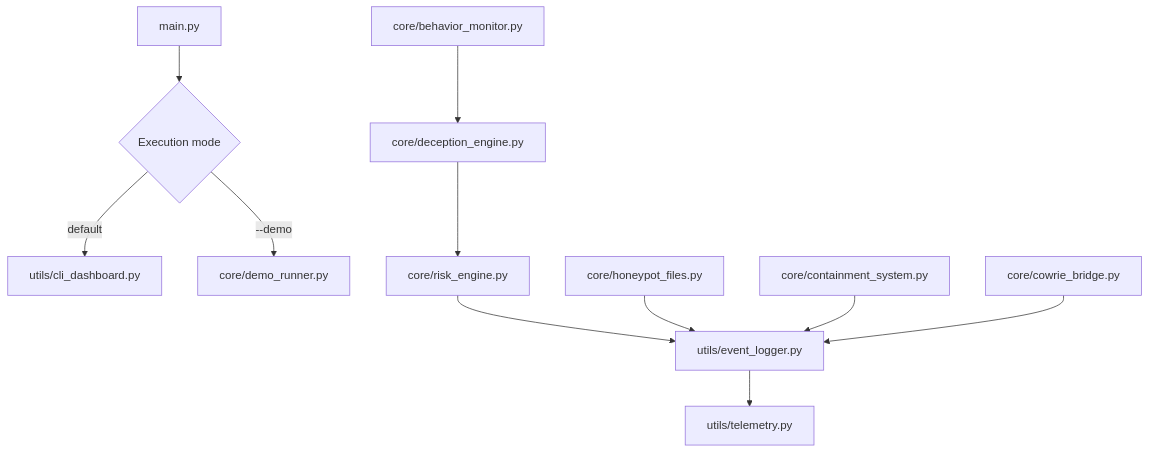
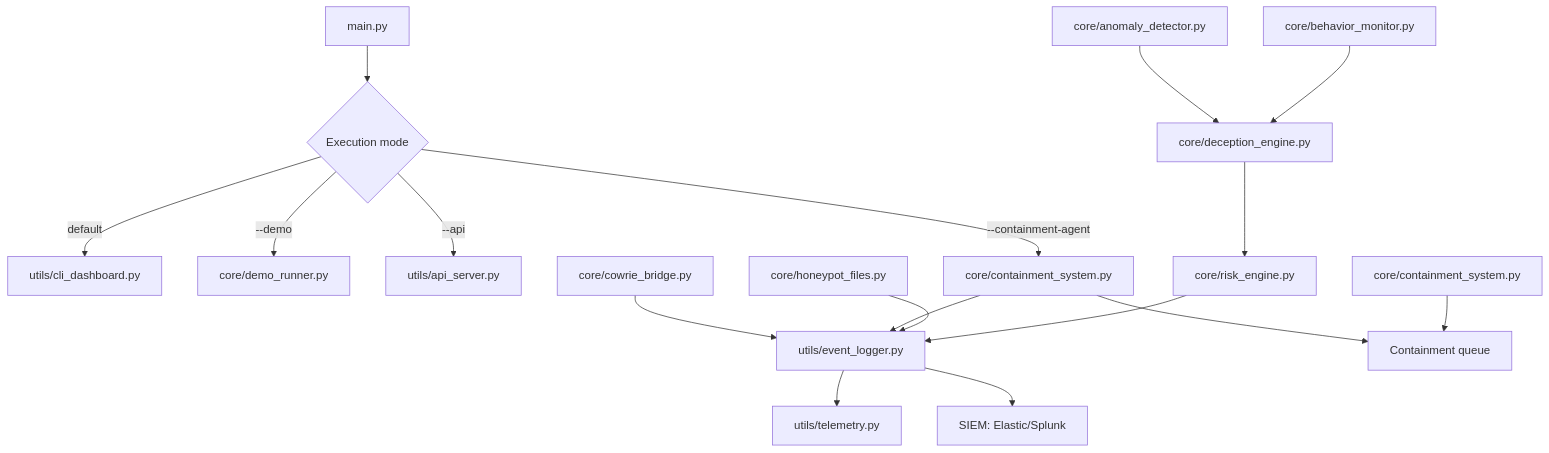
Before and after one commit to srwangcr/Guardian_Graph_System: the first of 4 diagrams in readme.md, drawn with Mermaid. The commit also changed other lines of this file and 13 other files, not shown here.

First line of the commit message:
feat(security): add OAuth2 API, privilege-separated containment, anomaly scoring, and SIEM audit forwarding

````diff
--- a/readme.md
+++ b/readme.md
@@ -49,15 +54,21 @@
 ```mermaid
 flowchart TD
     A[main.py] --> B{Execution mode}
     B -->|default| C[utils/cli_dashboard.py]
     B -->|--demo| D[core/demo_runner.py]
+    B -->|--api| M[utils/api_server.py]
+    B -->|--containment-agent| N[core/containment_system.py]
 
     E[core/behavior_monitor.py] --> F[core/deception_engine.py]
+    O[core/anomaly_detector.py] --> F
     F --> G[core/risk_engine.py]
     G --> H[utils/event_logger.py]
     H --> I[utils/telemetry.py]
+    H --> P[SIEM: Elastic/Splunk]
 
     J[core/honeypot_files.py] --> H
-    K[core/containment_system.py] --> H
+    K[core/containment_system.py] --> Q[Containment queue]
+    N --> Q
+    N --> H
     L[core/cowrie_bridge.py] --> H
 ```
````
